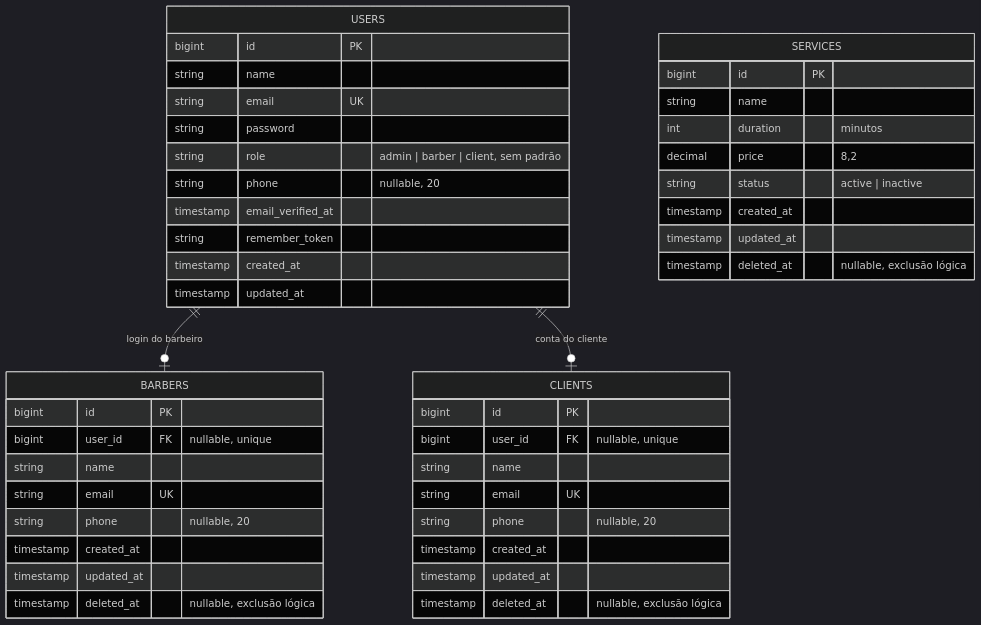
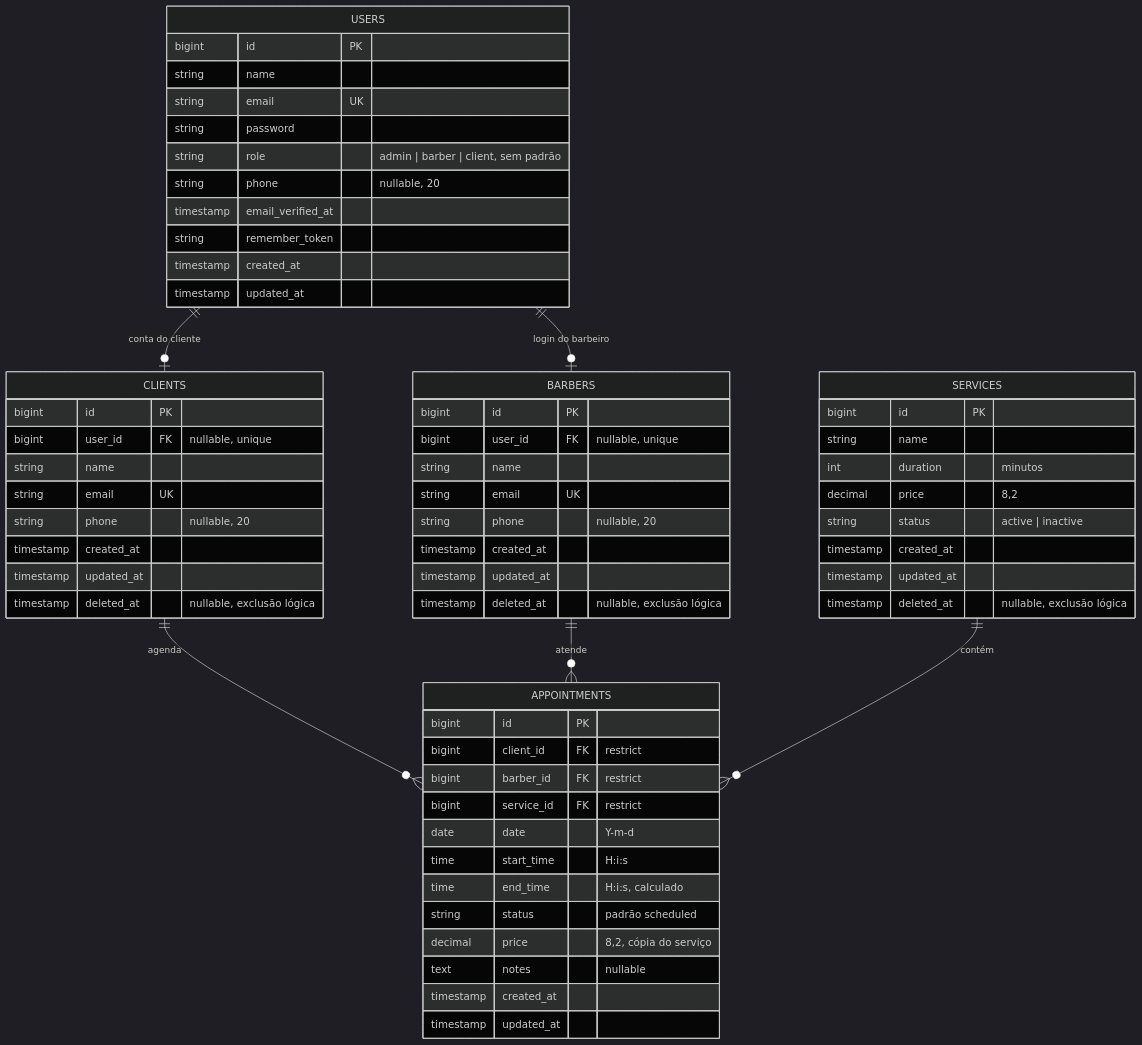
Before and after one commit to josecoene/barber-shop: the first of 2 diagrams in docs/ARQUITETURA.md, drawn with Mermaid (dark theme). The commit also changed other lines of this file and 4 other files, not shown here.

````diff
--- a/docs/ARQUITETURA.md
+++ b/docs/ARQUITETURA.md
@@ -187,47 +244,64 @@
 ```mermaid
 erDiagram
     USERS ||--o| BARBERS : "login do barbeiro"
     USERS ||--o| CLIENTS : "conta do cliente"
+    CLIENTS ||--o{ APPOINTMENTS : agenda
+    BARBERS ||--o{ APPOINTMENTS : atende
+    SERVICES ||--o{ APPOINTMENTS : contém
+    APPOINTMENTS {
+        bigint id PK
+        bigint client_id FK "restrict"
+        bigint barber_id FK "restrict"
+        bigint service_id FK "restrict"
+        date date "Y-m-d"
+        time start_time "H:i:s"
+        time end_time "H:i:s, calculado"
+        string status "padrão scheduled"
+        decimal price "8,2, cópia do serviço"
+        text notes "nullable"
+        timestamp created_at
+        timestamp updated_at
+    }
     SERVICES {
         bigint id PK
         string name
         int duration "minutos"
         decimal price "8,2"
         string status "active | inactive"
         timestamp created_at
         timestamp updated_at
         timestamp deleted_at "nullable, exclusão lógica"
     }
     CLIENTS {
         bigint id PK
         bigint user_id FK "nullable, unique"
         string name
         string email UK
         string phone "nullable, 20"
         timestamp created_at
         timestamp updated_at
         timestamp deleted_at "nullable, exclusão lógica"
     }
     BARBERS {
         bigint id PK
         bigint user_id FK "nullable, unique"
         string name
         string email UK
         string phone "nullable, 20"
         timestamp created_at
         timestamp updated_at
         timestamp deleted_at "nullable, exclusão lógica"
     }
     USERS {
         bigint id PK
         string name
         string email UK
         string password
         string role "admin | barber | client, sem padrão"
         string phone "nullable, 20"
         timestamp email_verified_at
         string remember_token
         timestamp created_at
         timestamp updated_at
     }
 ```
````
